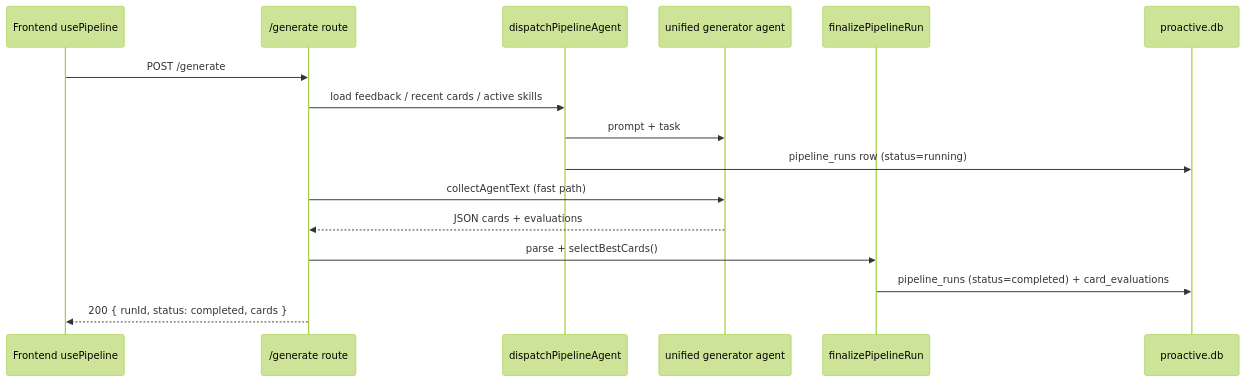
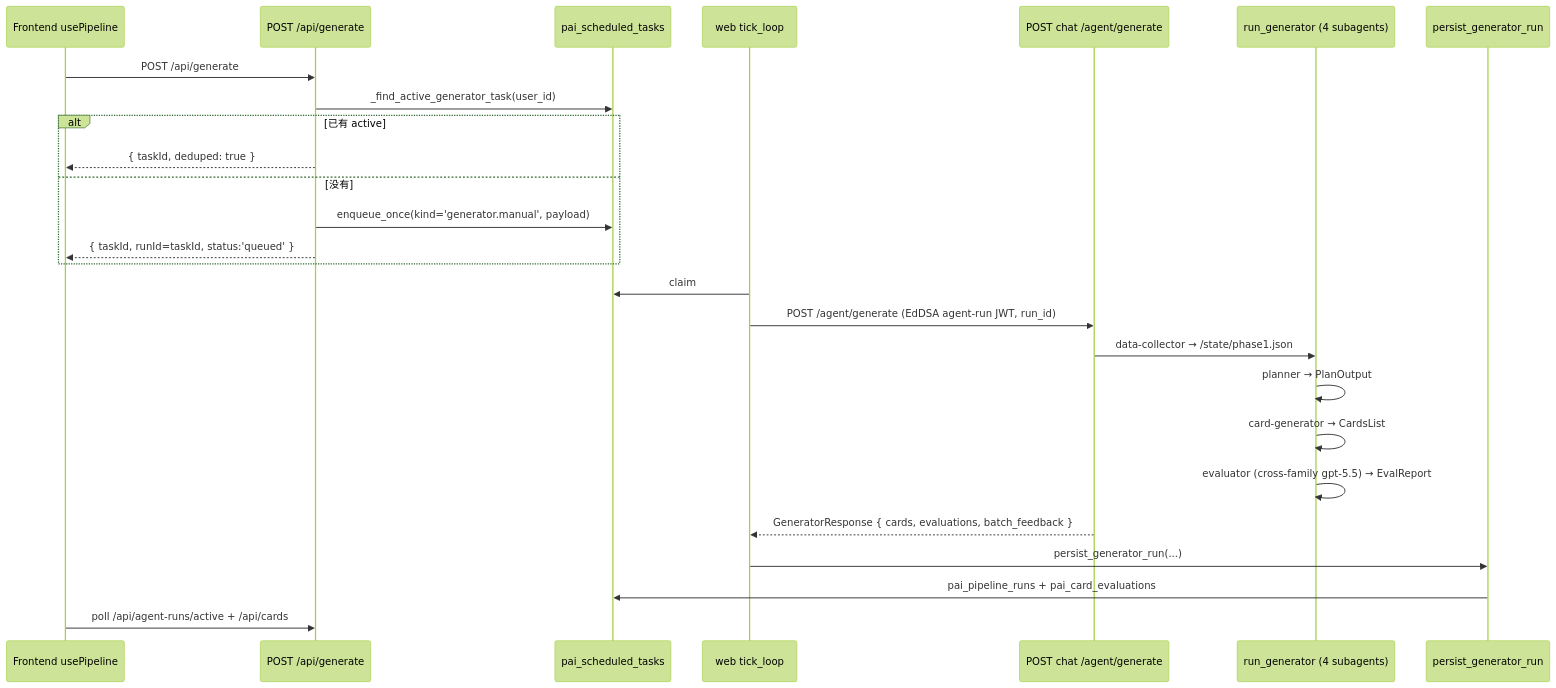
One commit to Edge-AI-HQ/proactive-assistant changed the second of 2 diagrams in docs/modules/generation.mdx. Above: the diagram before and after it, drawn with Mermaid (forest theme). The commit also changed other lines of this file and 372 other files, not shown here.

````diff
--- a/docs/modules/generation.mdx
+++ b/docs/modules/generation.mdx
@@ -46,19 +52,29 @@
 ```mermaid
 sequenceDiagram
   participant FE as Frontend usePipeline
-  participant Route as /generate route
-  participant D as dispatchPipelineAgent
-  participant A as unified generator agent
-  participant F as finalizePipelineRun
-  participant DB as proactive.db
+  participant Web as POST /api/generate
+  participant DB as pai_scheduled_tasks
+  participant Sched as web tick_loop
+  participant Chat as POST chat /agent/generate
+  participant Agent as run_generator (4 subagents)
+  participant Save as persist_generator_run
 
-  FE->>Route: POST /generate
-  Route->>D: load feedback / recent cards / active skills
-  D->>A: prompt + task
-  D->>DB: pipeline_runs row (status=running)
-  Route->>A: collectAgentText (fast path)
-  A-->>Route: JSON cards + evaluations
-  Route->>F: parse + selectBestCards()
-  F->>DB: pipeline_runs (status=completed) + card_evaluations
-  Route-->>FE: 200 { runId, status: completed, cards }
+  FE->>Web: POST /api/generate
+  Web->>DB: _find_active_generator_task(user_id)
+  alt 已有 active
+    Web-->>FE: { taskId, deduped: true }
+  else 没有
+    Web->>DB: enqueue_once(kind='generator.manual', payload)
+    Web-->>FE: { taskId, runId=taskId, status:'queued' }
+  end
+  Sched->>DB: claim
+  Sched->>Chat: POST /agent/generate (EdDSA agent-run JWT, run_id)
+  Chat->>Agent: data-collector → /state/phase1.json
+  Agent->>Agent: planner → PlanOutput
+  Agent->>Agent: card-generator → CardsList
+  Agent->>Agent: evaluator (cross-family gpt-5.5) → EvalReport
+  Chat-->>Sched: GeneratorResponse { cards, evaluations, batch_feedback }
+  Sched->>Save: persist_generator_run(...)
+  Save->>DB: pai_pipeline_runs + pai_card_evaluations
+  FE->>Web: poll /api/agent-runs/active + /api/cards
 ```
````
